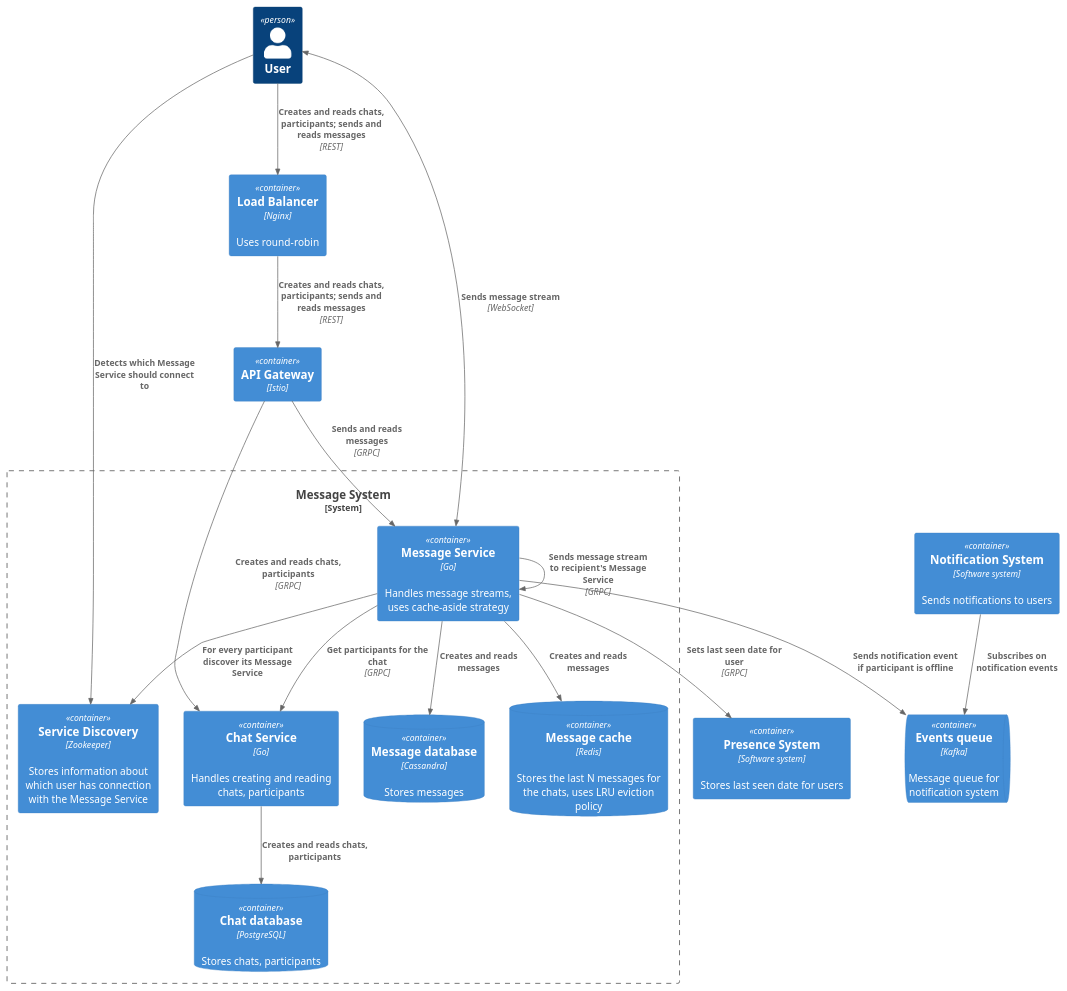
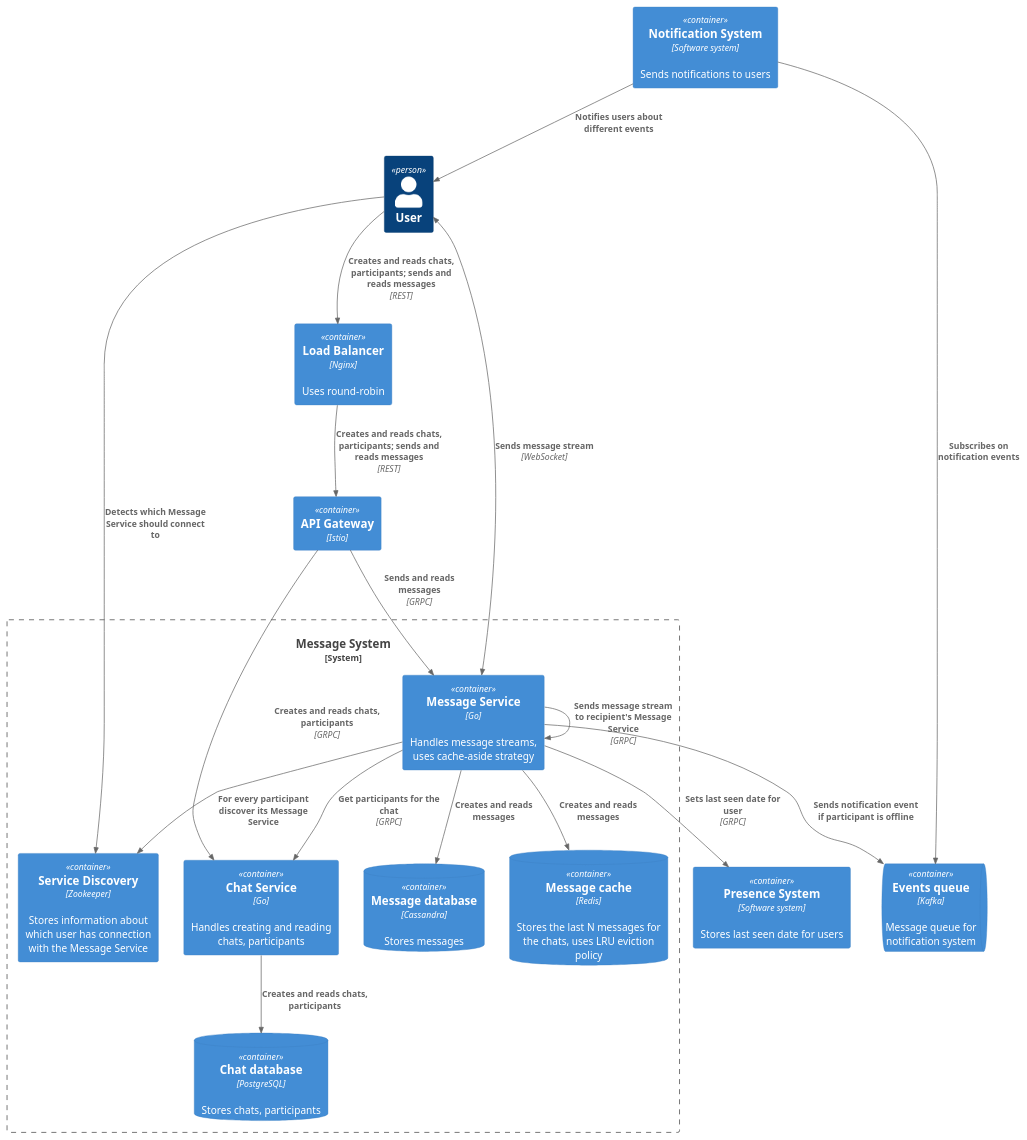
The diagram in docs/system_design/architecture/message_system/container.puml (Chatyx/backend), drawn with PlantUML before and after one commit. The commit also changed 1 other file, not shown here.

Commit message:
docs: add relation between Notification System and User for container layer

```diff
--- a/docs/system_design/architecture/message_system/container.puml
+++ b/docs/system_design/architecture/message_system/container.puml
@@ -1,38 +1,39 @@
 @startuml
 !include https://raw.githubusercontent.com/plantuml-stdlib/C4-PlantUML/master/C4_Container.puml
 
 Person(user, "User")
 Container(loadBalancer, "Load Balancer", "Nginx", "Uses round-robin")
 Container(apiGateway, "API Gateway", "Istio")
 Container(presenceSystem, "Presence System", "Software system", "Stores last seen date for users")
 Container(notificationSystem, "Notification System", "Software system", "Sends notifications to users")
 ContainerQueue(messageQueue, "Events queue", "Kafka", "Message queue for notification system")
 
 System_Boundary(messageSystem, "Message System") {
     Container(chatService, "Chat Service", "Go", "Handles creating and reading chats, participants")
     Container(messageService, "Message Service", "Go", "Handles message streams, uses cache-aside strategy")
     Container(serviceDiscovery, "Service Discovery", "Zookeeper", "Stores information about which user has connection with the Message Service")
     ContainerDb(chatDatabase, "Chat database", "PostgreSQL", "Stores chats, participants")
     ContainerDb(messageDatabase, "Message database", "Cassandra", "Stores messages")
     ContainerDb(messageCache, "Message cache", "Redis", "Stores the last N messages for the chats, uses LRU eviction policy")
 }
 
 Rel(user, loadBalancer, "Creates and reads chats, participants; sends and reads messages", "REST")
 Rel(user, serviceDiscovery, "Detects which Message Service should connect to")
 BiRel(user, messageService, "Sends message stream", "WebSocket")
 
 Rel(loadBalancer, apiGateway, "Creates and reads chats, participants; sends and reads messages", "REST")
 Rel(apiGateway, chatService, "Creates and reads chats, participants", "GRPC")
 Rel(apiGateway, messageService, "Sends and reads messages", "GRPC")
 
 Rel(messageService, chatService, "Get participants for the chat", "GRPC")
 Rel(messageService, serviceDiscovery, "For every participant discover its Message Service")
 Rel(messageService, messageService, "Sends message stream to recipient's Message Service", "GRPC")
 Rel(messageService, messageDatabase, "Creates and reads messages")
 Rel(messageService, messageCache, "Creates and reads messages")
 Rel(messageService, presenceSystem, "Sets last seen date for user", "GRPC")
 Rel(messageService, messageQueue, "Sends notification event if participant is offline")
 
 Rel(chatService, chatDatabase, "Creates and reads chats, participants")
 Rel(notificationSystem, messageQueue, "Subscribes on notification events")
+Rel(notificationSystem, user, "Notifies users about different events")
 @enduml
```
